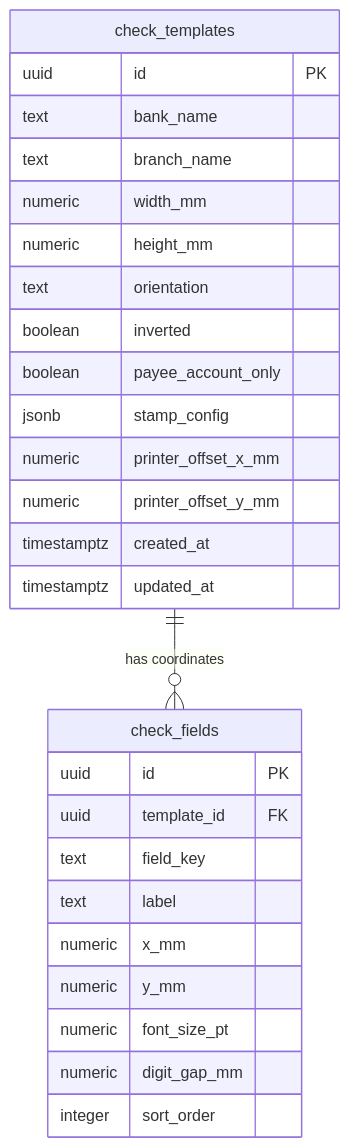
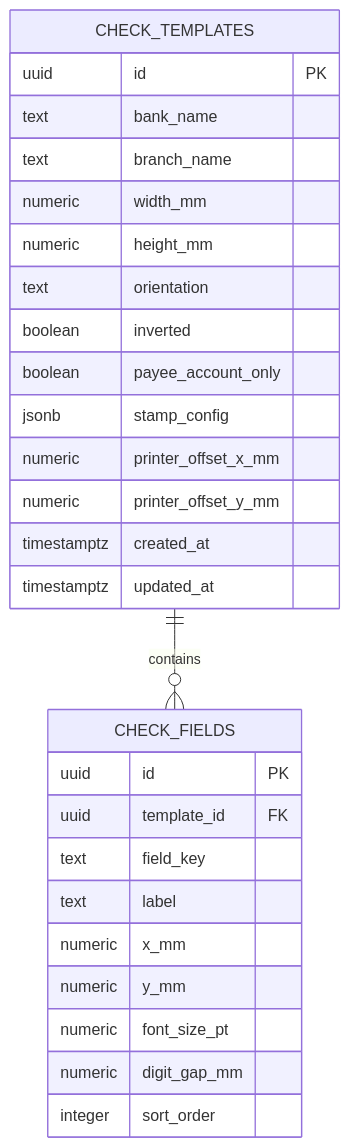
The third of 3 diagrams in README.md (Haiderali445/Visionpro), drawn with Mermaid before and after one commit. The commit also changed other lines of this file and 7 other files, not shown here.

````diff
--- a/README.md
+++ b/README.md
@@ -104,31 +325,30 @@
 ```mermaid
 erDiagram
-    check_templates ||--o{ check_fields : "has coordinates"
-    check_templates {
-        uuid id PK
-        text bank_name
-        text branch_name
-        numeric width_mm
-        numeric height_mm
-        text orientation
-        boolean inverted
-        boolean payee_account_only
-        jsonb stamp_config
-        numeric printer_offset_x_mm
-        numeric printer_offset_y_mm
-        timestamptz created_at
-        timestamptz updated_at
-    }
-    check_fields {
-        uuid id PK
-        uuid template_id FK
-        text field_key
-        text label
-        numeric x_mm
-        numeric y_mm
-        numeric font_size_pt
-        numeric digit_gap_mm
-        integer sort_order
-    }
-
+  CHECK_TEMPLATES ||--o{ CHECK_FIELDS : contains
+  CHECK_TEMPLATES {
+    uuid id PK
+    text bank_name
+    text branch_name
+    numeric width_mm
+    numeric height_mm
+    text orientation
+    boolean inverted
+    boolean payee_account_only
+    jsonb stamp_config
+    numeric printer_offset_x_mm
+    numeric printer_offset_y_mm
+    timestamptz created_at
+    timestamptz updated_at
+  }
+  CHECK_FIELDS {
+    uuid id PK
+    uuid template_id FK
+    text field_key
+    text label
+    numeric x_mm
+    numeric y_mm
+    numeric font_size_pt
+    numeric digit_gap_mm
+    integer sort_order
+  }
 ```
````
